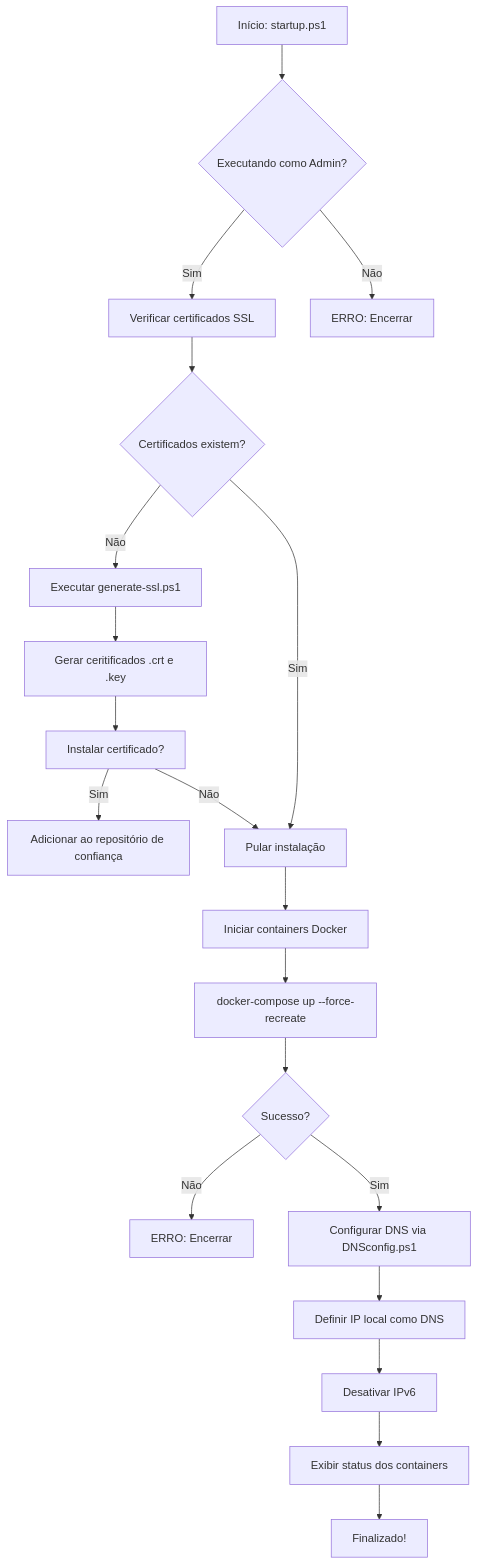
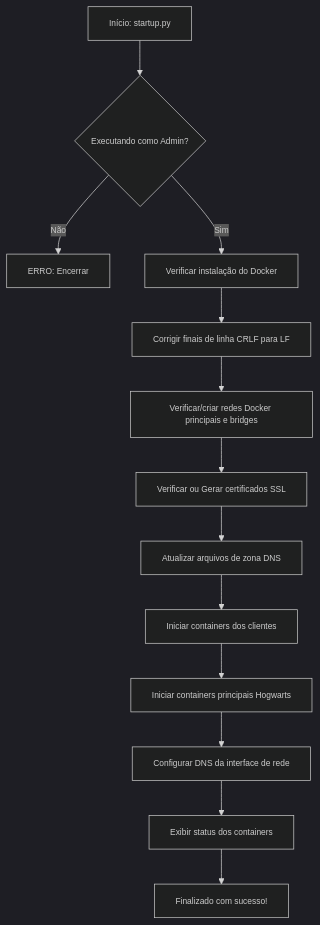
One commit to eduardobezerraz/AdmSistemasAbertos_ProjetoFinal changed the second of 3 diagrams in README.md. Above: the diagram before and after it, drawn with Mermaid. The commit also changed other lines of this file, not shown here.

````diff
--- a/README.md
+++ b/README.md
@@ -214,25 +284,18 @@
 ```mermaid
+%%{init: {'theme':'dark', 'themeVariables': { 'fontSize': '12px' }, 'flowchart': { 'diagramPadding': 1 }}}%%
 flowchart TD
-    A[Início: startup.ps1] --> B{Executando como Admin?}
-    B -->|Sim| C[Verificar certificados SSL]
+    A[Início: startup.py] --> B{Executando como Admin?}
     B -->|Não| Z[ERRO: Encerrar]
+    B -->|Sim| C[Verificar instalação do Docker]
 
-    C --> D{Certificados existem?}
-    D -->|Não| E[Executar generate-ssl.ps1]
-    E --> F[Gerar ceritificados .crt e .key]
-    F --> G[Instalar certificado?]
-    G -->|Sim| H[Adicionar ao repositório de confiança]
-    G -->|Não| I[Pular instalação]
-    D -->|Sim| I
+    C --> D[Corrigir finais de linha CRLF para LF]
+    D --> E[Verificar/criar redes Docker principais e bridges]
 
-    I --> J[Iniciar containers Docker]
-    J --> K[docker-compose up --force-recreate]
-    K --> L{Sucesso?}
-    L -->|Não| M[ERRO: Encerrar]
-    L -->|Sim| N[Configurar DNS via DNSconfig.ps1]
-
-    N --> O[Definir IP local como DNS]
-    O --> P[Desativar IPv6]
-    P --> Q[Exibir status dos containers]
-    Q --> R[Finalizado!]
+    E --> F[Verificar ou Gerar certificados SSL]
+    F --> G[Atualizar arquivos de zona DNS]
+    G --> H[Iniciar containers dos clientes]
+    H --> I[Iniciar containers principais Hogwarts]
+    I --> J[Configurar DNS da interface de rede]
+    J --> K[Exibir status dos containers]
+    K --> L[Finalizado com sucesso!]
 ```
````
